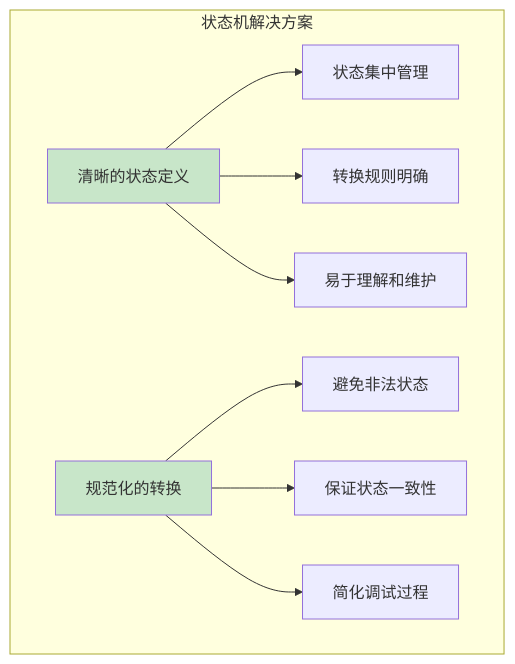
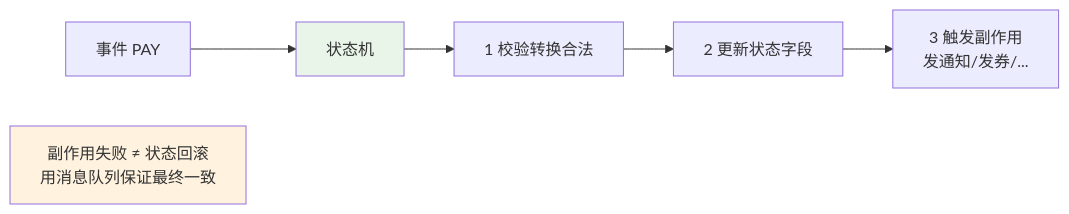
Before and after one commit to chongyang211/YCBookBlog: the tenth of 18 diagrams in 00.通用技术的提升/07.方案设计思想/6.研发的效能/28.状态机设计的思想.md, drawn with Mermaid. The commit also changed other lines of this file and 5 other files, not shown here.

````diff
--- a/00.通用技术的提升/07.方案设计思想/6.研发的效能/28.状态机设计的思想.md
+++ b/00.通用技术的提升/07.方案设计思想/6.研发的效能/28.状态机设计的思想.md
@@ -1060,15 +370,12 @@
 ```mermaid
-graph TD
-    subgraph "状态机解决方案"
-        C[清晰的状态定义] --> C1[状态集中管理]
-        C --> C2[转换规则明确]
-        C --> C3[易于理解和维护]
-        
-        D[规范化的转换] --> D1[避免非法状态]
-        D --> D2[保证状态一致性]
-        D --> D3[简化调试过程]
-    end
+graph LR
+    Event[事件 PAY] --> SM[状态机]
+    SM --> Tx[1 校验转换合法]
+    Tx --> Update[2 更新状态字段]
+    Update --> Action[3 触发副作用<br/>发通知/发券/...]
     
-    style C fill:#c8e6c9
-    style D fill:#c8e6c9
+    Note[副作用失败 ≠ 状态回滚<br/>用消息队列保证最终一致]
+    
+    style SM fill:#e8f5e8
+    style Note fill:#fff3e0
 ```
````
